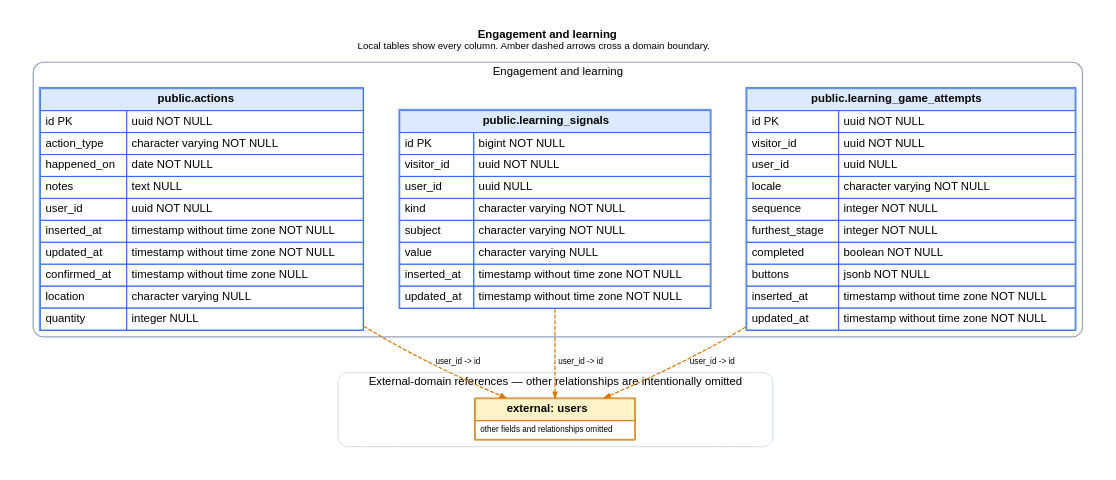
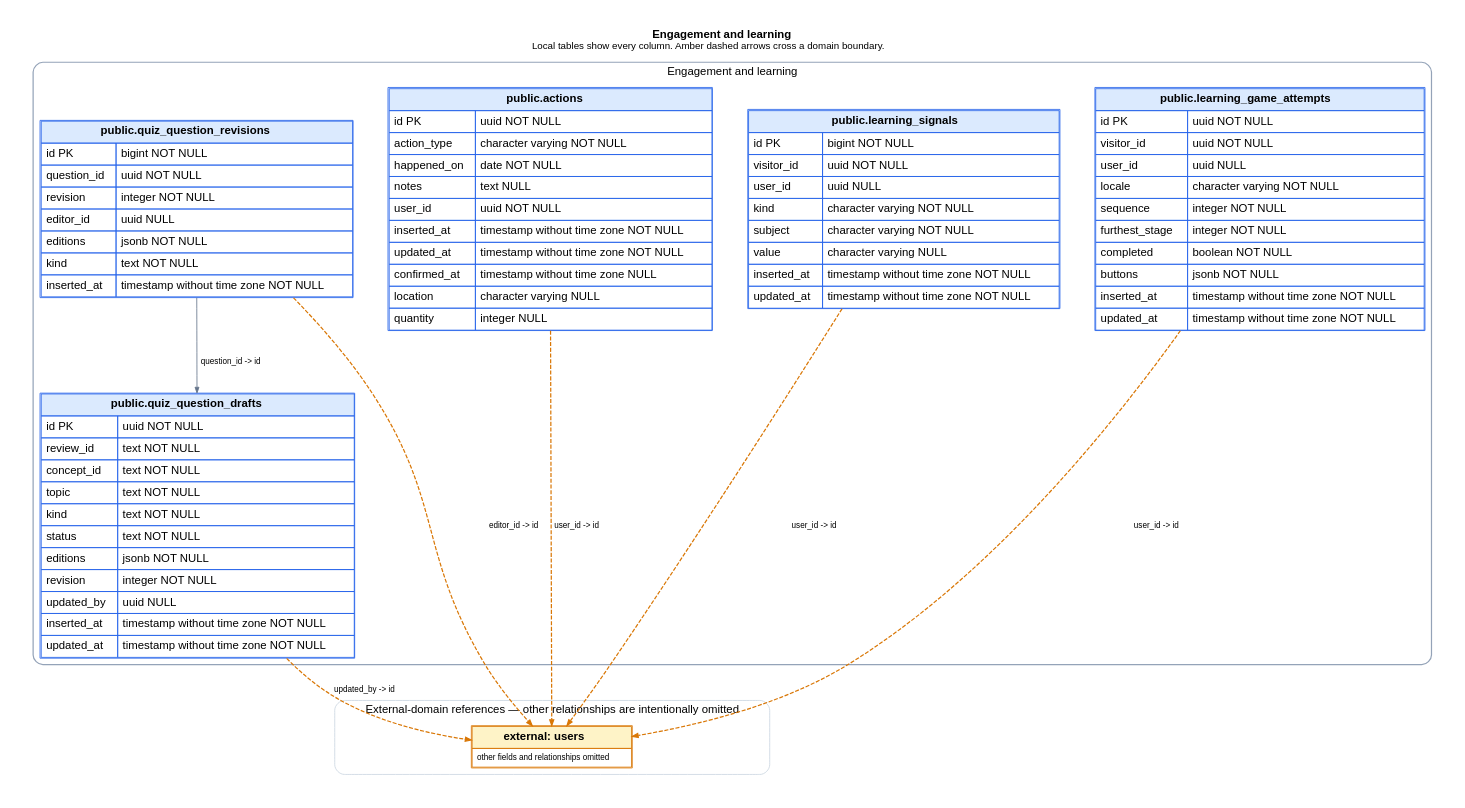
One commit to ogourment/pauseai.ca-website changed the diagram in docs/schema/domains/engagement.dot. Above: the diagram before and after it, drawn with Graphviz. The commit also changed 16 other files, not shown here.

Commit message:
Add shared bilingual quiz drafts to organizer CRM

```diff
--- a/docs/schema/domains/engagement.dot
+++ b/docs/schema/domains/engagement.dot
@@ -1,53 +1,70 @@
 digraph engagement {
   graph [rankdir=TB, bgcolor="white", pad=0.35, nodesep=0.6, ranksep=0.9, fontname="Helvetica"];
   node [shape=plain, fontname="Helvetica"];
   edge [fontname="Helvetica", fontsize=10, arrowsize=0.7];
   labelloc="t";
   label=< <B>Engagement and learning</B><BR/><FONT POINT-SIZE="12">Local tables show every column. Amber dashed arrows cross a domain boundary.</FONT> >;
 
   subgraph cluster_local {
     label="Engagement and learning";
     color="#94a3b8";
     penwidth=1.5;
     style="rounded";
   "actions" [label=<
     <TABLE BORDER="1" CELLBORDER="1" CELLSPACING="0" CELLPADDING="5" COLOR="#2563eb">
       <TR><TD BGCOLOR="#dbeafe" COLSPAN="2"><B>public.actions</B></TD></TR>
       <TR><TD ALIGN="LEFT">id PK</TD><TD ALIGN="LEFT">uuid NOT NULL</TD></TR><TR><TD ALIGN="LEFT">action_type</TD><TD ALIGN="LEFT">character varying NOT NULL</TD></TR><TR><TD ALIGN="LEFT">happened_on</TD><TD ALIGN="LEFT">date NOT NULL</TD></TR><TR><TD ALIGN="LEFT">notes</TD><TD ALIGN="LEFT">text NULL</TD></TR><TR><TD ALIGN="LEFT">user_id</TD><TD ALIGN="LEFT">uuid NOT NULL</TD></TR><TR><TD ALIGN="LEFT">inserted_at</TD><TD ALIGN="LEFT">timestamp without time zone NOT NULL</TD></TR><TR><TD ALIGN="LEFT">updated_at</TD><TD ALIGN="LEFT">timestamp without time zone NOT NULL</TD></TR><TR><TD ALIGN="LEFT">confirmed_at</TD><TD ALIGN="LEFT">timestamp without time zone NULL</TD></TR><TR><TD ALIGN="LEFT">location</TD><TD ALIGN="LEFT">character varying NULL</TD></TR><TR><TD ALIGN="LEFT">quantity</TD><TD ALIGN="LEFT">integer NULL</TD></TR>
     </TABLE>
   >];
 
   "learning_signals" [label=<
     <TABLE BORDER="1" CELLBORDER="1" CELLSPACING="0" CELLPADDING="5" COLOR="#2563eb">
       <TR><TD BGCOLOR="#dbeafe" COLSPAN="2"><B>public.learning_signals</B></TD></TR>
       <TR><TD ALIGN="LEFT">id PK</TD><TD ALIGN="LEFT">bigint NOT NULL</TD></TR><TR><TD ALIGN="LEFT">visitor_id</TD><TD ALIGN="LEFT">uuid NOT NULL</TD></TR><TR><TD ALIGN="LEFT">user_id</TD><TD ALIGN="LEFT">uuid NULL</TD></TR><TR><TD ALIGN="LEFT">kind</TD><TD ALIGN="LEFT">character varying NOT NULL</TD></TR><TR><TD ALIGN="LEFT">subject</TD><TD ALIGN="LEFT">character varying NOT NULL</TD></TR><TR><TD ALIGN="LEFT">value</TD><TD ALIGN="LEFT">character varying NULL</TD></TR><TR><TD ALIGN="LEFT">inserted_at</TD><TD ALIGN="LEFT">timestamp without time zone NOT NULL</TD></TR><TR><TD ALIGN="LEFT">updated_at</TD><TD ALIGN="LEFT">timestamp without time zone NOT NULL</TD></TR>
     </TABLE>
   >];
 
   "learning_game_attempts" [label=<
     <TABLE BORDER="1" CELLBORDER="1" CELLSPACING="0" CELLPADDING="5" COLOR="#2563eb">
       <TR><TD BGCOLOR="#dbeafe" COLSPAN="2"><B>public.learning_game_attempts</B></TD></TR>
       <TR><TD ALIGN="LEFT">id PK</TD><TD ALIGN="LEFT">uuid NOT NULL</TD></TR><TR><TD ALIGN="LEFT">visitor_id</TD><TD ALIGN="LEFT">uuid NOT NULL</TD></TR><TR><TD ALIGN="LEFT">user_id</TD><TD ALIGN="LEFT">uuid NULL</TD></TR><TR><TD ALIGN="LEFT">locale</TD><TD ALIGN="LEFT">character varying NOT NULL</TD></TR><TR><TD ALIGN="LEFT">sequence</TD><TD ALIGN="LEFT">integer NOT NULL</TD></TR><TR><TD ALIGN="LEFT">furthest_stage</TD><TD ALIGN="LEFT">integer NOT NULL</TD></TR><TR><TD ALIGN="LEFT">completed</TD><TD ALIGN="LEFT">boolean NOT NULL</TD></TR><TR><TD ALIGN="LEFT">buttons</TD><TD ALIGN="LEFT">jsonb NOT NULL</TD></TR><TR><TD ALIGN="LEFT">inserted_at</TD><TD ALIGN="LEFT">timestamp without time zone NOT NULL</TD></TR><TR><TD ALIGN="LEFT">updated_at</TD><TD ALIGN="LEFT">timestamp without time zone NOT NULL</TD></TR>
     </TABLE>
   >];
 
+  "quiz_question_drafts" [label=<
+    <TABLE BORDER="1" CELLBORDER="1" CELLSPACING="0" CELLPADDING="5" COLOR="#2563eb">
+      <TR><TD BGCOLOR="#dbeafe" COLSPAN="2"><B>public.quiz_question_drafts</B></TD></TR>
+      <TR><TD ALIGN="LEFT">id PK</TD><TD ALIGN="LEFT">uuid NOT NULL</TD></TR><TR><TD ALIGN="LEFT">review_id</TD><TD ALIGN="LEFT">text NOT NULL</TD></TR><TR><TD ALIGN="LEFT">concept_id</TD><TD ALIGN="LEFT">text NOT NULL</TD></TR><TR><TD ALIGN="LEFT">topic</TD><TD ALIGN="LEFT">text NOT NULL</TD></TR><TR><TD ALIGN="LEFT">kind</TD><TD ALIGN="LEFT">text NOT NULL</TD></TR><TR><TD ALIGN="LEFT">status</TD><TD ALIGN="LEFT">text NOT NULL</TD></TR><TR><TD ALIGN="LEFT">editions</TD><TD ALIGN="LEFT">jsonb NOT NULL</TD></TR><TR><TD ALIGN="LEFT">revision</TD><TD ALIGN="LEFT">integer NOT NULL</TD></TR><TR><TD ALIGN="LEFT">updated_by</TD><TD ALIGN="LEFT">uuid NULL</TD></TR><TR><TD ALIGN="LEFT">inserted_at</TD><TD ALIGN="LEFT">timestamp without time zone NOT NULL</TD></TR><TR><TD ALIGN="LEFT">updated_at</TD><TD ALIGN="LEFT">timestamp without time zone NOT NULL</TD></TR>
+    </TABLE>
+  >];
+
+  "quiz_question_revisions" [label=<
+    <TABLE BORDER="1" CELLBORDER="1" CELLSPACING="0" CELLPADDING="5" COLOR="#2563eb">
+      <TR><TD BGCOLOR="#dbeafe" COLSPAN="2"><B>public.quiz_question_revisions</B></TD></TR>
+      <TR><TD ALIGN="LEFT">id PK</TD><TD ALIGN="LEFT">bigint NOT NULL</TD></TR><TR><TD ALIGN="LEFT">question_id</TD><TD ALIGN="LEFT">uuid NOT NULL</TD></TR><TR><TD ALIGN="LEFT">revision</TD><TD ALIGN="LEFT">integer NOT NULL</TD></TR><TR><TD ALIGN="LEFT">editor_id</TD><TD ALIGN="LEFT">uuid NULL</TD></TR><TR><TD ALIGN="LEFT">editions</TD><TD ALIGN="LEFT">jsonb NOT NULL</TD></TR><TR><TD ALIGN="LEFT">kind</TD><TD ALIGN="LEFT">text NOT NULL</TD></TR><TR><TD ALIGN="LEFT">inserted_at</TD><TD ALIGN="LEFT">timestamp without time zone NOT NULL</TD></TR>
+    </TABLE>
+  >];
+
   }
 
   subgraph cluster_external {
     label="External-domain references — other relationships are intentionally omitted";
     color="#cbd5e1";
     penwidth=1;
     style="rounded";
   "users" [label=<
     <TABLE BORDER="1" CELLBORDER="1" CELLSPACING="0" CELLPADDING="5" COLOR="#d97706">
       <TR><TD BGCOLOR="#fef3c7"><B>external: users</B></TD></TR>
       <TR><TD><FONT POINT-SIZE="10">other fields and relationships omitted</FONT></TD></TR>
     </TABLE>
   >];
 
   }
 
   "actions" -> "users" [label="user_id -> id", color="#d97706", style="dashed", penwidth=1.5];
   "learning_game_attempts" -> "users" [label="user_id -> id", color="#d97706", style="dashed", penwidth=1.5];
   "learning_signals" -> "users" [label="user_id -> id", color="#d97706", style="dashed", penwidth=1.5];
+  "quiz_question_drafts" -> "users" [label="updated_by -> id", color="#d97706", style="dashed", penwidth=1.5];
+  "quiz_question_revisions" -> "users" [label="editor_id -> id", color="#d97706", style="dashed", penwidth=1.5];
+  "quiz_question_revisions" -> "quiz_question_drafts" [label="question_id -> id", color="#64748b"];
 }
```
